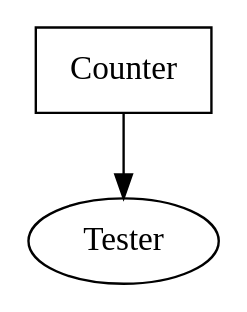
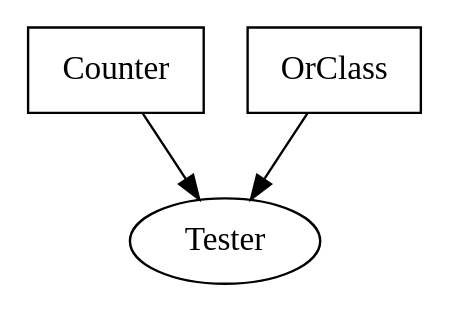
The diagram in Project/output/network.dot (nanathostrup/RegExFPGA), drawn with Graphviz before and after one commit. The commit also changed 49 other files, not shown here.

```diff
--- a/Project/output/network.dot
+++ b/Project/output/network.dot
@@ -1,4 +1,6 @@
 digraph sme_intro {
 "Counter" [shape=box];
+"OrClass" [shape=box];
 "Counter" -> "Tester";
+"OrClass" -> "Tester";
 }
```
